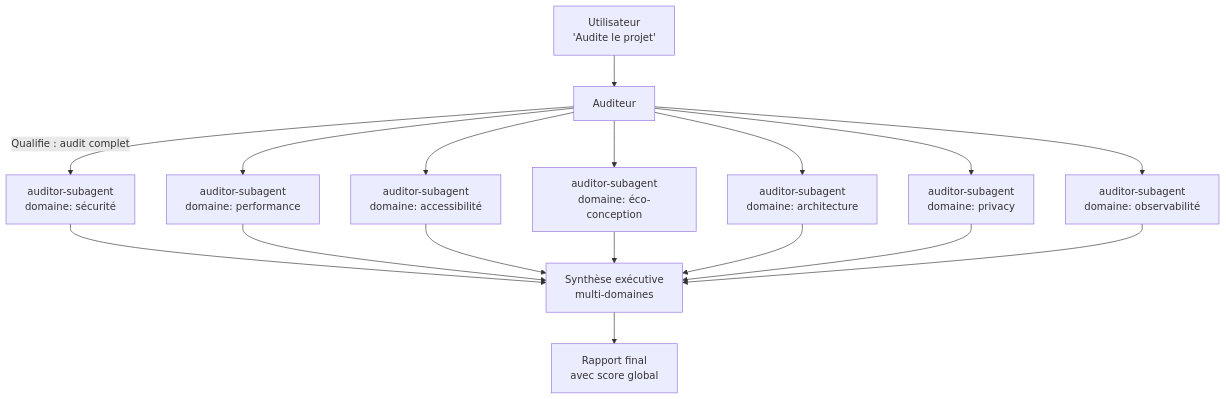
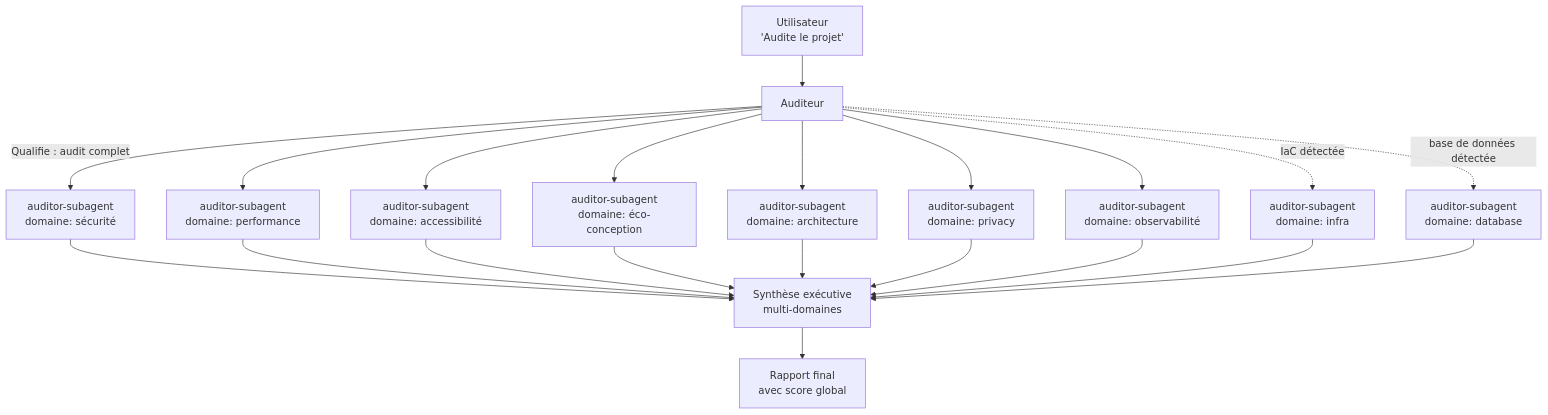
One commit to datichb/openhub changed the third of 7 diagrams in docs/guides/workflows.fr.md. Above: the diagram before and after it, drawn with Mermaid. The commit also changed 1 other file, not shown here.

Commit message:
docs(workflows): multi-domain audit diagram with the conditional infra and database domains (consolidation C2)

````diff
--- a/docs/guides/workflows.fr.md
+++ b/docs/guides/workflows.fr.md
@@ -279,19 +279,23 @@
 ```mermaid
 flowchart TD
     U[Utilisateur\n'Audite le projet'] --> A[Auditeur]
     A --> |Qualifie : audit complet| AS[auditor-subagent\ndomaine: sécurité]
     A --> AP[auditor-subagent\ndomaine: performance]
     A --> AA[auditor-subagent\ndomaine: accessibilité]
     A --> AE[auditor-subagent\ndomaine: éco-conception]
     A --> AR[auditor-subagent\ndomaine: architecture]
     A --> APR[auditor-subagent\ndomaine: privacy]
     A --> AO[auditor-subagent\ndomaine: observabilité]
+    A -.-> |IaC détectée| AI[auditor-subagent\ndomaine: infra]
+    A -.-> |base de données détectée| AD[auditor-subagent\ndomaine: database]
     AS --> S[Synthèse exécutive\nmulti-domaines]
     AP --> S
     AA --> S
     AE --> S
     AR --> S
     APR --> S
     AO --> S
+    AI --> S
+    AD --> S
     S --> U2[Rapport final\navec score global]
 ```
````
